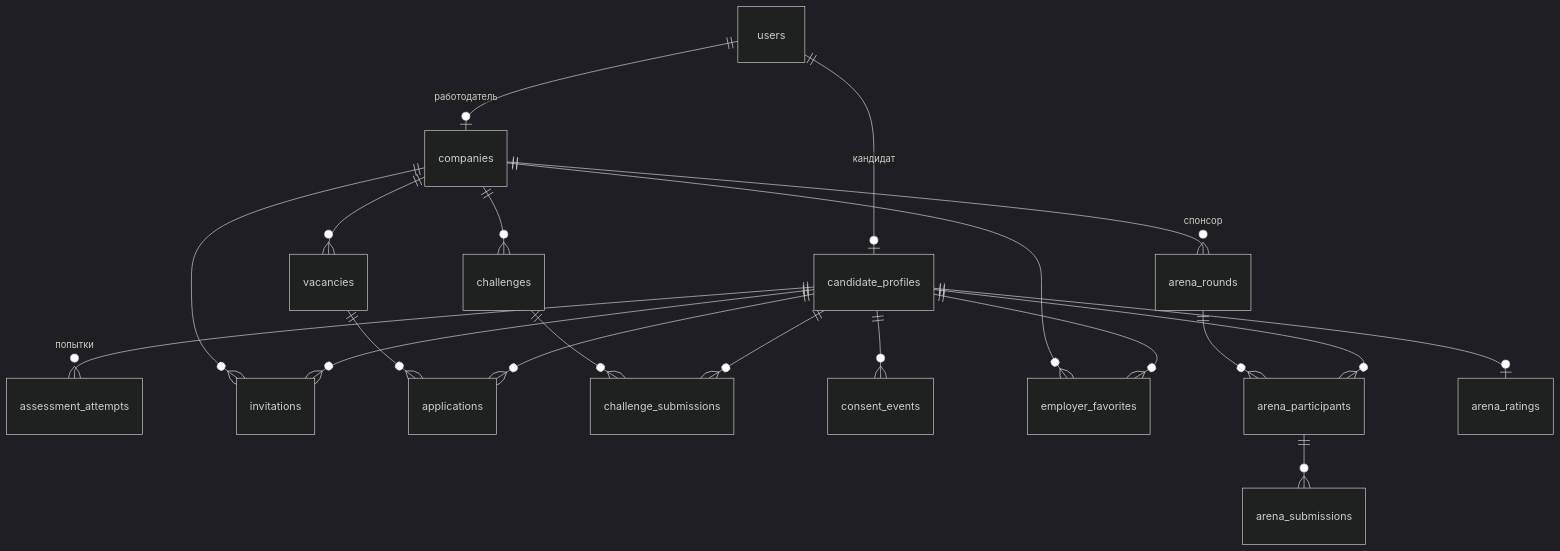
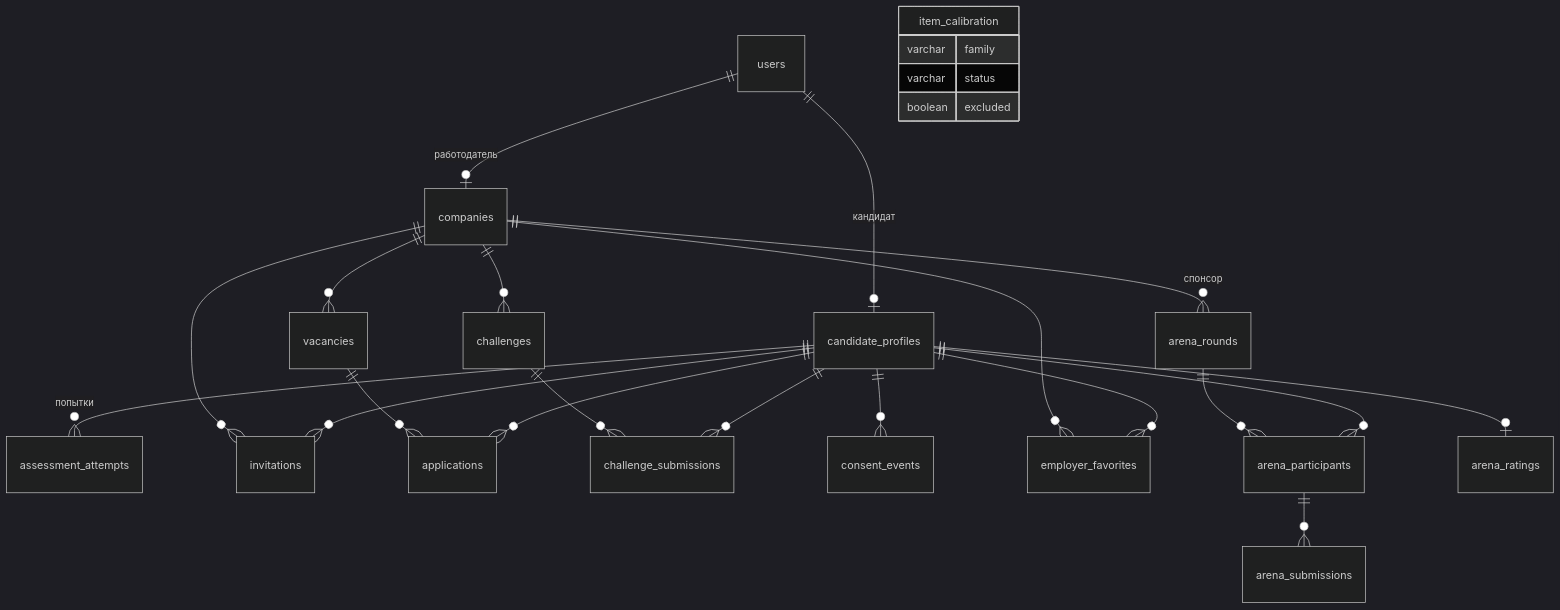
The third of 5 diagrams in docs/guide/04-arhitektura.md (Fighter90/hyrekit_fsp), drawn with Mermaid (dark theme) before and after one commit. The commit also changed other lines of this file and 30 other files, not shown here.

````diff
--- a/docs/guide/04-arhitektura.md
+++ b/docs/guide/04-arhitektura.md
@@ -72,22 +75,27 @@
 ```mermaid
 erDiagram
   users ||--o| candidate_profiles : "кандидат"
   users ||--o| companies : "работодатель"
   candidate_profiles ||--o{ assessment_attempts : "попытки"
   companies ||--o{ vacancies : ""
   companies ||--o{ invitations : ""
   candidate_profiles ||--o{ invitations : ""
   vacancies ||--o{ applications : ""
   candidate_profiles ||--o{ applications : ""
   companies ||--o{ challenges : ""
   challenges ||--o{ challenge_submissions : ""
   candidate_profiles ||--o{ challenge_submissions : ""
   candidate_profiles ||--o{ consent_events : ""
   companies ||--o{ employer_favorites : ""
   candidate_profiles ||--o{ employer_favorites : ""
   arena_rounds ||--o{ arena_participants : ""
   candidate_profiles ||--o{ arena_participants : ""
   arena_participants ||--o{ arena_submissions : ""
   candidate_profiles ||--o| arena_ratings : ""
   companies ||--o{ arena_rounds : "спонсор"
+  item_calibration {
+    varchar family
+    varchar status
+    boolean excluded
+  }
 ```
````
